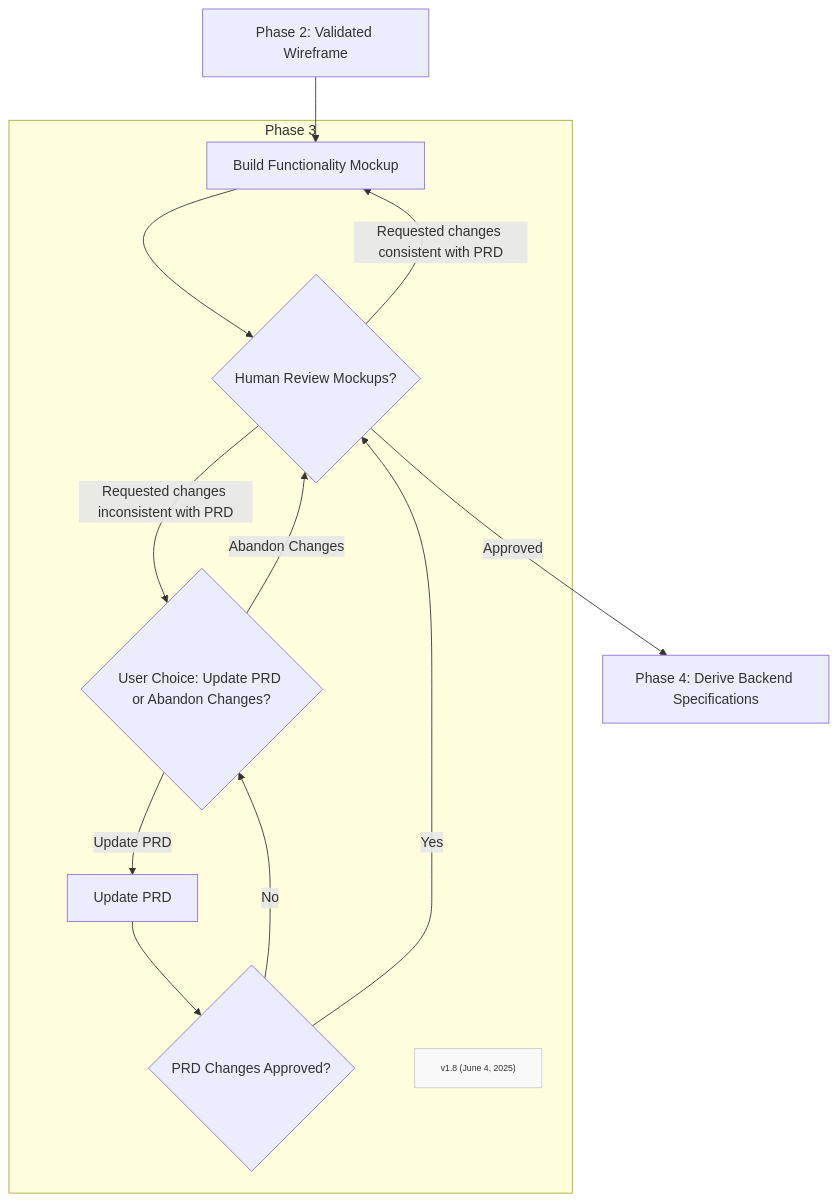
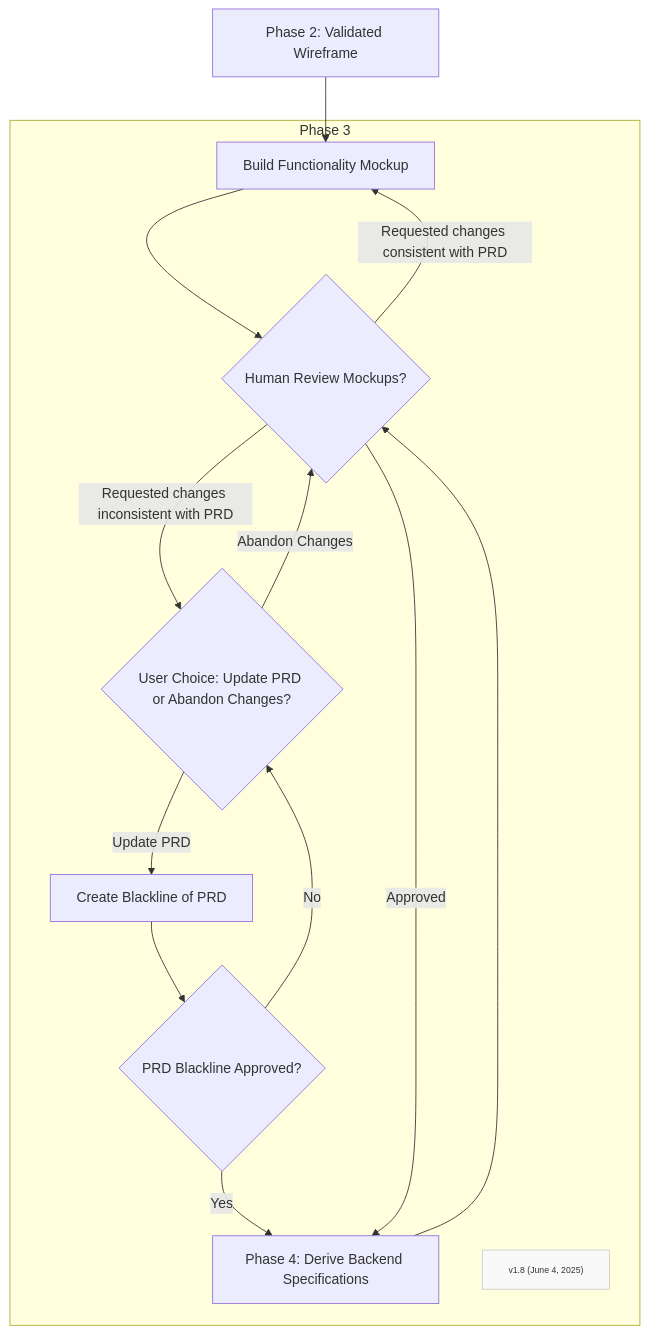
The diagram in Phases/FF-phase3.md (Mharbulous/Front-First-Method), drawn with Mermaid before and after one commit.

Commit message:
Further refine phase 3 diagram

````diff
--- a/Phases/FF-phase3.md
+++ b/Phases/FF-phase3.md
@@ -2,23 +2,24 @@
 ```mermaid
 graph TD
     B1["Phase 2: Validated Wireframe"] --> B2["Build Functionality Mockup"]
 
     subgraph Phase3["Phase 3"]
         B2 --> B2_Val{"Human Review Mockups?"}
         
         B2_Val -->|Requested changes inconsistent with PRD| B2_User_Choice{"User Choice: Update PRD or Abandon Changes?"}
         B2_Val -->|Requested changes consistent with PRD| B2
 
-        B2_User_Choice -->|Update PRD| B2_PRD_Update["Update PRD"]
+        B2_User_Choice -->|Update PRD| B2_PRD_Update["Create Blackline of PRD"]
         B2_User_Choice -->|Abandon Changes| B2_Val
-        B2_PRD_Update --> B2_PRD_Approved{"PRD Changes Approved?"}
+        B2_PRD_Update --> B2_PRD_Approved{"PRD Blackline Approved?"}
         B2_PRD_Approved -->|No| B2_User_Choice
-        B2_PRD_Approved -->|Yes| B2_Val
+        B2_PRD_Approved -->|Yes| B3["Update PRD"]
+        B3 --> B2_Val
 
         Version["v1.8 (June 4, 2025)"]
         classDef version fill:#f9f9f9,stroke:#ccc,font-size:10px
         class Version version
     end
 
     B2_Val -->|Approved| B3["Phase 4: Derive Backend Specifications"]
 ```
````
